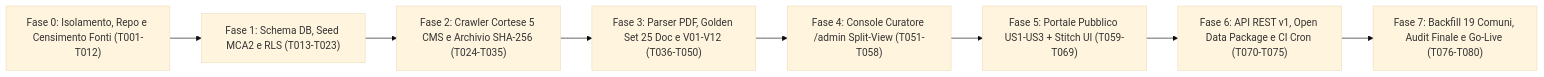
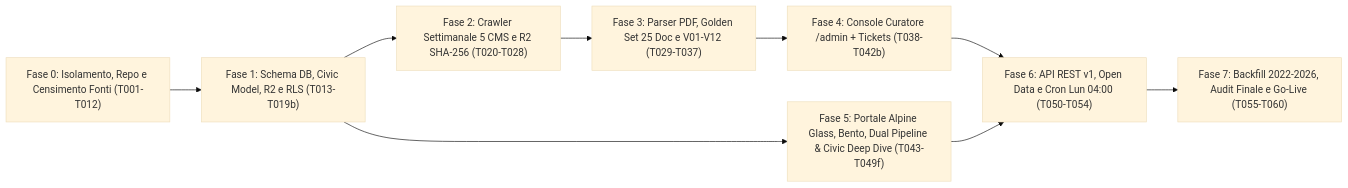
One commit to Toroinpiedi97/ofcl-locarnese changed the diagram in docs/spec/14-tasks-build-roadmap.md. Above: the diagram before and after it, drawn with Mermaid (base theme). The commit also changed other lines of this file and 10 other files, not shown here.

Commit message:
docs(spec): complete critical SDD audit across 00-14, add civic/feedback DDL and update roadmap tasks

````diff
--- a/docs/spec/14-tasks-build-roadmap.md
+++ b/docs/spec/14-tasks-build-roadmap.md
@@ -11,10 +11,11 @@
 ```mermaid
 flowchart LR
-    P0["Fase 0: Isolamento, Repo e Censimento Fonti (T001-T012)"] --> P1["Fase 1: Schema DB, Seed MCA2 e RLS (T013-T023)"]
-    P1 --> P2["Fase 2: Crawler Cortese 5 CMS e Archivio SHA-256 (T024-T035)"]
-    P2 --> P3["Fase 3: Parser PDF, Golden Set 25 Doc e V01-V12 (T036-T050)"]
-    P3 --> P4["Fase 4: Console Curatore /admin Split-View (T051-T058)"]
-    P4 --> P5["Fase 5: Portale Pubblico US1-US3 + Stitch UI (T059-T069)"]
-    P5 --> P6["Fase 6: API REST v1, Open Data Package e CI Cron (T070-T075)"]
-    P6 --> P7["Fase 7: Backfill 19 Comuni, Audit Finale e Go-Live (T076-T080)"]
+    P0["Fase 0: Isolamento, Repo e Censimento Fonti (T001-T012)"] --> P1["Fase 1: Schema DB, Civic Model, R2 e RLS (T013-T019b)"]
+    P1 --> P2["Fase 2: Crawler Settimanale 5 CMS e R2 SHA-256 (T020-T028)"]
+    P2 --> P3["Fase 3: Parser PDF, Golden Set 25 Doc e V01-V12 (T029-T037)"]
+    P3 --> P4["Fase 4: Console Curatore /admin + Tickets (T038-T042b)"]
+    P1 --> P5["Fase 5: Portale Alpine Glass, Bento, Dual Pipeline & Civic Deep Dive (T043-T049f)"]
+    P4 --> P6["Fase 6: API REST v1, Open Data e Cron Lun 04:00 (T050-T054)"]
+    P5 --> P6
+    P6 --> P7["Fase 7: Backfill 2022-2026, Audit Finale e Go-Live (T055-T060)"]
 ```
````
